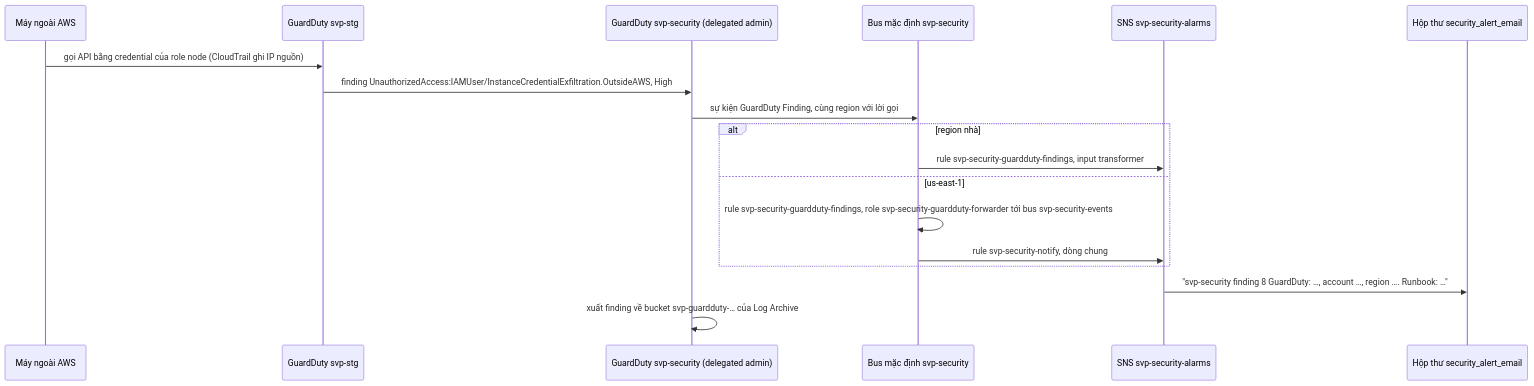
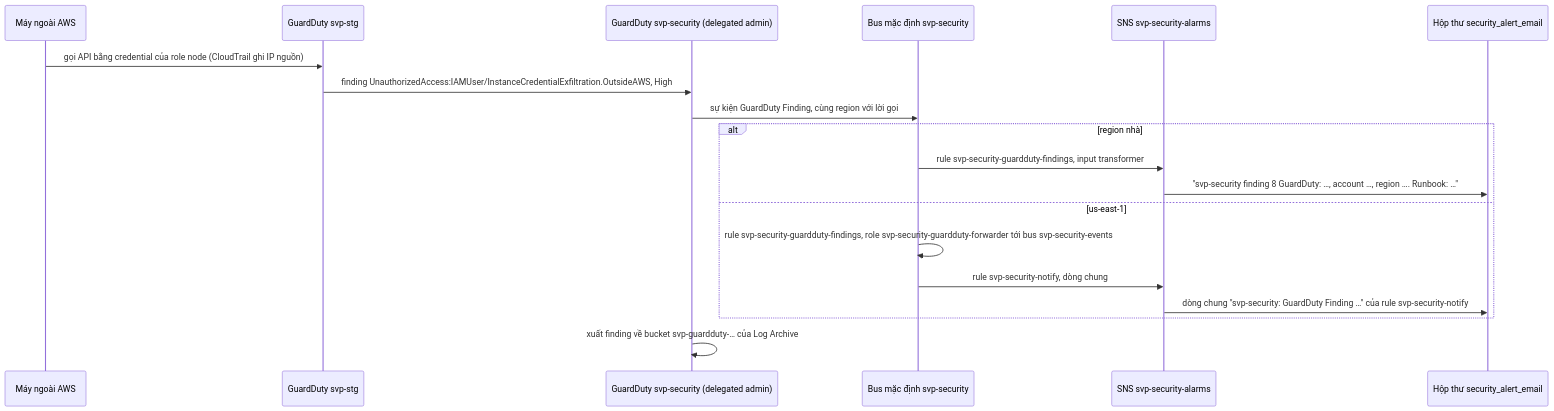
One commit to anhnvcoder/svp-infra changed the diagram in docs/handbook/05-security.md. Above: the diagram before and after it, drawn with Mermaid. The commit also changed other lines of this file and 25 other files, not shown here.

Commit message:
docs: pilot round 2 of chapter 05 and security diagrams with ELK

````diff
--- a/docs/handbook/05-security.md
+++ b/docs/handbook/05-security.md
@@ -274,20 +75,21 @@
 ```mermaid
 sequenceDiagram
     participant A as Máy ngoài AWS
     participant GS as GuardDuty svp-stg
     participant GA as GuardDuty svp-security (delegated admin)
     participant EB as Bus mặc định svp-security
     participant SNS as SNS svp-security-alarms
     participant M as Hộp thư security_alert_email
     A->>GS: gọi API bằng credential của role node (CloudTrail ghi IP nguồn)
     GS->>GA: finding UnauthorizedAccess:IAMUser/InstanceCredentialExfiltration.OutsideAWS, High
     GA->>EB: sự kiện GuardDuty Finding, cùng region với lời gọi
     alt region nhà
         EB->>SNS: rule svp-security-guardduty-findings, input transformer
+        SNS->>M: "svp-security finding 8 GuardDuty: …, account …, region …. Runbook: …"
     else us-east-1
         EB->>EB: rule svp-security-guardduty-findings, role svp-security-guardduty-forwarder tới bus svp-security-events
         EB->>SNS: rule svp-security-notify, dòng chung
+        SNS->>M: dòng chung "svp-security: GuardDuty Finding …" của rule svp-security-notify
     end
-    SNS->>M: "svp-security finding 8 GuardDuty: …, account …, region …. Runbook: …"
     GA->>GA: xuất finding về bucket svp-guardduty-… của Log Archive
 ```
````
